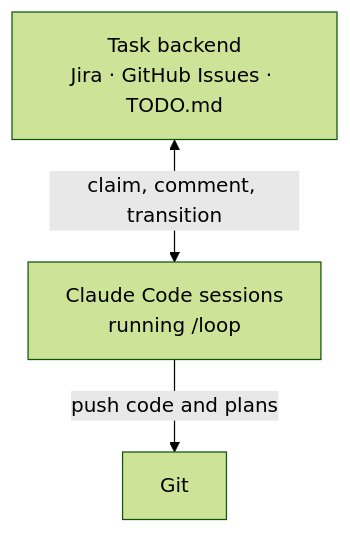
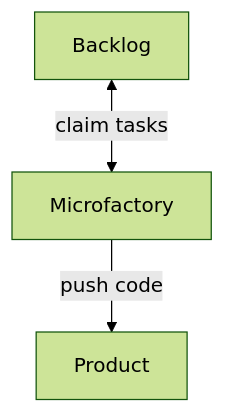
Before and after one commit to jaksa76/microfactory: the diagram in README.md, drawn with Mermaid (forest theme).

Commit message:
updated digaram

````diff
--- a/README.md
+++ b/README.md
@@ -9,8 +9,8 @@
 ```mermaid
 flowchart TD
-  B["Task backend<br/>Jira · GitHub Issues · TODO.md"]
-  S["Claude Code sessions<br/>running /loop"]
-  G["Git"]
-  B <-->|claim, comment, transition| S
-  S -->|push code and plans| G
+  B["Backlog"]
+  S["Microfactory"]
+  G["Product"]
+  B <-->|claim tasks| S
+  S -->|push code| G
 ```
````
